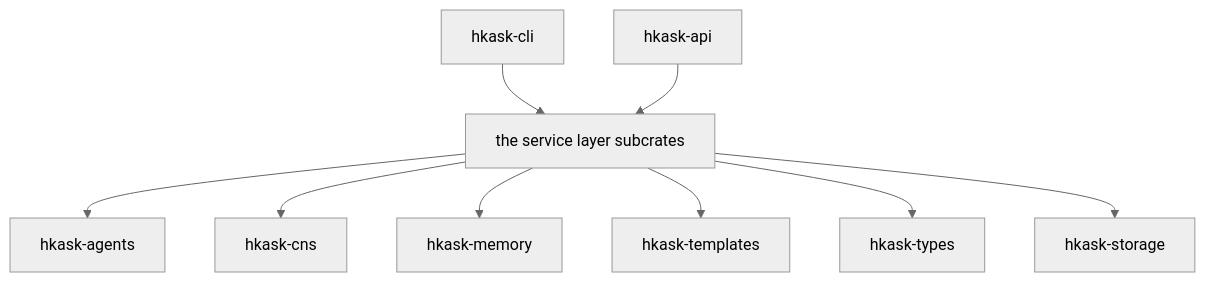
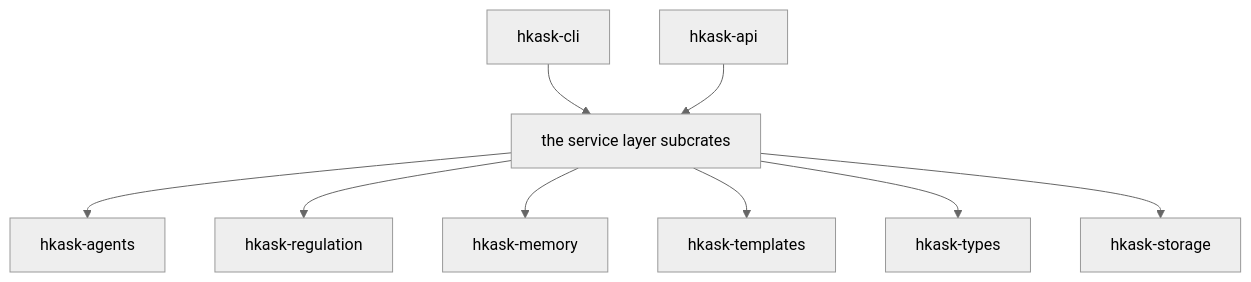
Before and after one commit to mdz-axo/hKask: the first of 14 diagrams in docs/architecture/core/FUNCTIONAL_SPECIFICATION.md, drawn with Mermaid (neutral theme). The commit also changed other lines of this file and 68 other files, not shown here.

First line of the commit message:
Rename CNS to Regulation across docs

````diff
--- a/docs/architecture/core/FUNCTIONAL_SPECIFICATION.md
+++ b/docs/architecture/core/FUNCTIONAL_SPECIFICATION.md
@@ -132,14 +132,14 @@
 ```mermaid
 graph TD
     CLI["hkask-cli"]
     API["hkask-api"]
     SVC["the service layer subcrates"]
     CLI --> SVC
     API --> SVC
     SVC --> AGENTS[hkask-agents]
-    SVC --> CNS[hkask-cns]
+    SVC --> Regulation[hkask-regulation]
     SVC --> MEM[hkask-memory]
     SVC --> TEMPLATES[hkask-templates]
     SVC --> TYPES[hkask-types]
     SVC --> STORAGE[hkask-storage]
 ```
````
